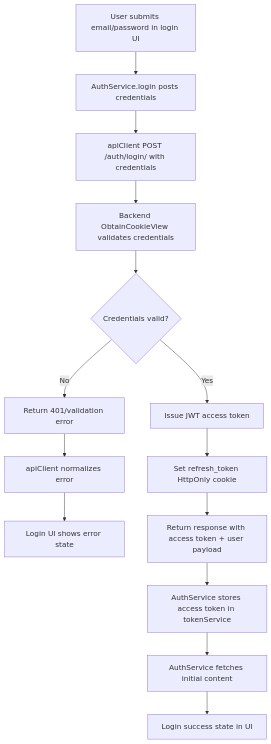
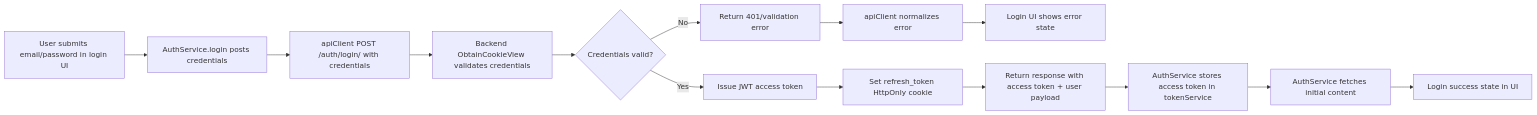
One commit to kal-kyokya/Futtech-Django changed the diagram in docs/mermaid-flowcharts.md. Above: the diagram before and after it, drawn with Mermaid. The commit also changed other lines of this file, not shown here.

Commit message:
Experiment changing the flowchart rendering direction

````diff
--- a/docs/mermaid-flowcharts.md
+++ b/docs/mermaid-flowcharts.md
@@ -3,17 +3,17 @@
 ```mermaid
-flowchart TD
+flowchart LR
 	  A[User submits email/password in login UI] --> B[AuthService.login posts credentials]
 	  B --> C[apiClient POST /auth/login/ with credentials]
 	  C --> D[Backend ObtainCookieView validates credentials]
 	  D --> E{Credentials valid?}
 	  E -- No --> F[Return 401/validation error]
 	  F --> G[apiClient normalizes error]
 	  G --> H[Login UI shows error state]
 
 	  E -- Yes --> I[Issue JWT access token]
 	  I --> J[Set refresh_token HttpOnly cookie]
 	  J --> K[Return response with access token + user payload]
 	  K --> L[AuthService stores access token in tokenService]
 	  L --> M[AuthService fetches initial content]
 	  M --> N[Login success state in UI]
 ```
````
